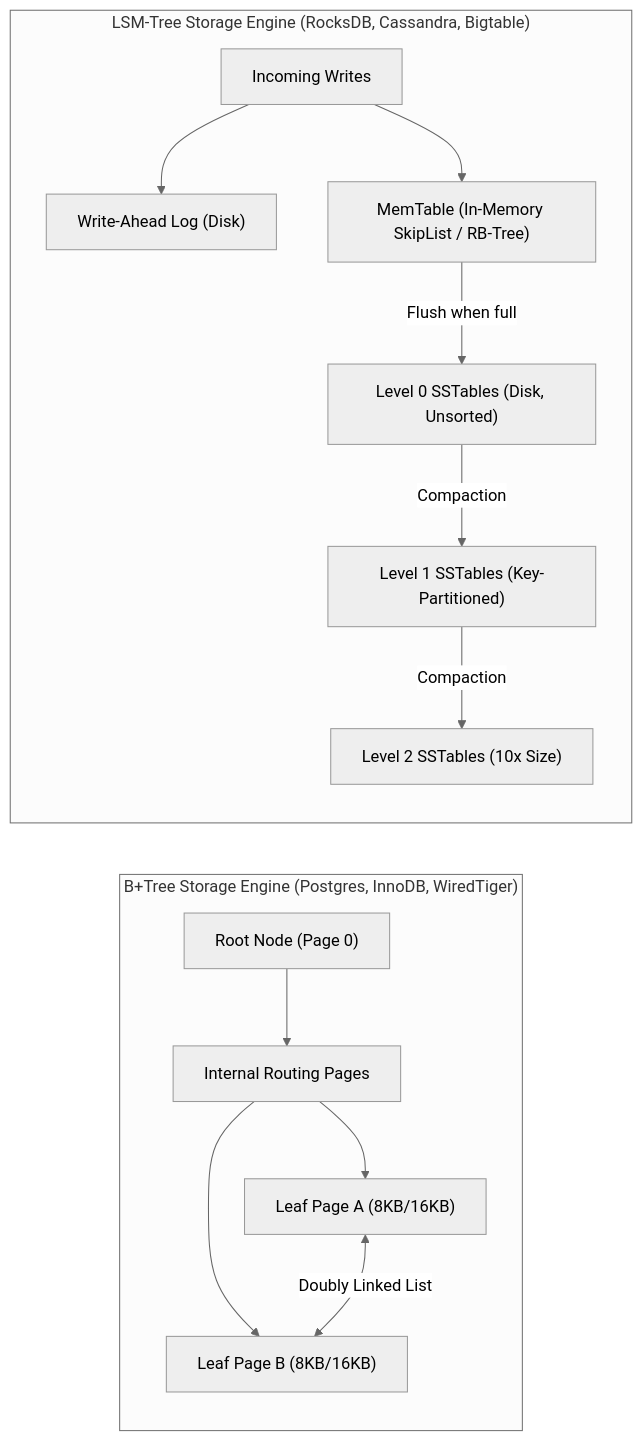
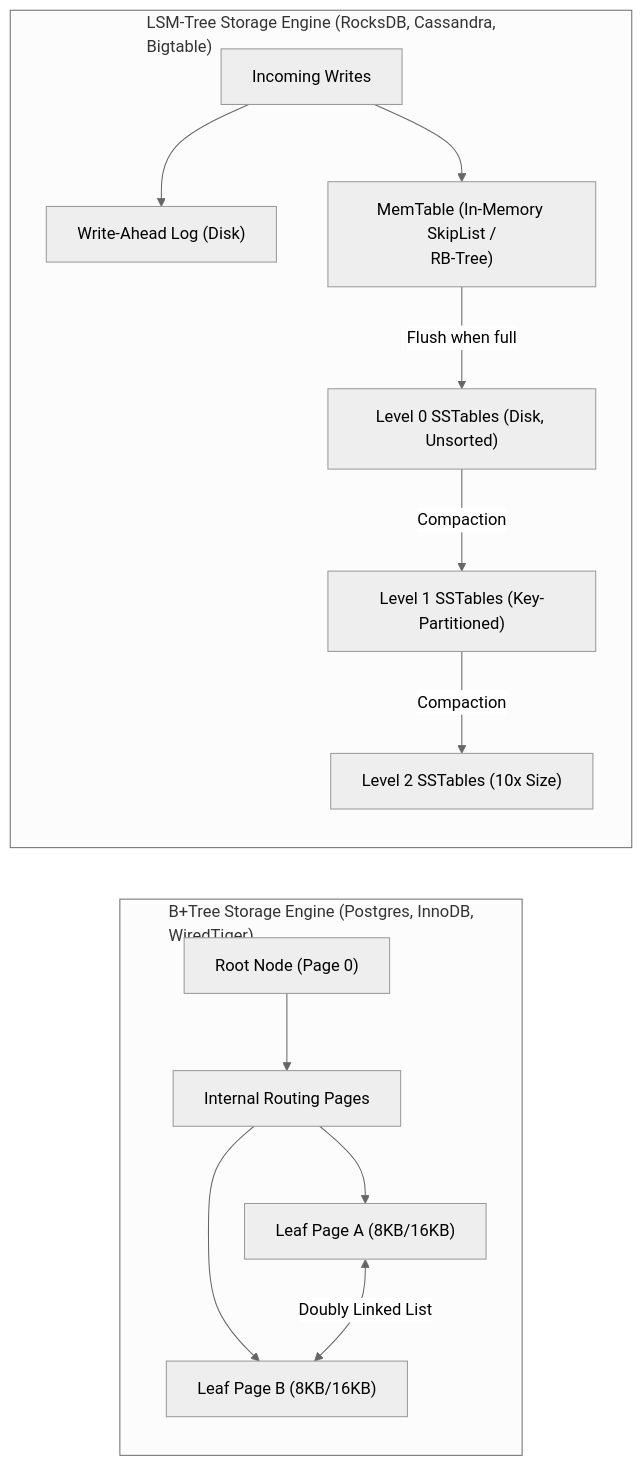
Before and after one commit to santoshjammi29/sql-handbook: the second of 3 diagrams in architectures/05_nosql_systems_storage_engines_and_tradeoffs.md, drawn with Mermaid (neutral theme). The commit also changed other lines of this file and 17 other files, not shown here.

Commit message:
fix(diagrams): word-wrap labels and escape comparison operators across all diagrams

````diff
--- a/architectures/05_nosql_systems_storage_engines_and_tradeoffs.md
+++ b/architectures/05_nosql_systems_storage_engines_and_tradeoffs.md
@@ -55,17 +55,17 @@
 ```mermaid
 flowchart LR
-    subgraph BTree["B+Tree Storage Engine (Postgres, InnoDB, WiredTiger)"]
+    subgraph BTree["B+Tree Storage Engine (Postgres, InnoDB,<br/>WiredTiger)"]
         Root["Root Node (Page 0)"] --> Internal["Internal Routing Pages"]
         Internal --> Leaf1["Leaf Page A (8KB/16KB)"]
         Internal --> Leaf2["Leaf Page B (8KB/16KB)"]
         Leaf1 <-->|Doubly Linked List| Leaf2
     end
 
-    subgraph LSM["LSM-Tree Storage Engine (RocksDB, Cassandra, Bigtable)"]
+    subgraph LSM["LSM-Tree Storage Engine (RocksDB, Cassandra,<br/>Bigtable)"]
         Write["Incoming Writes"] --> WAL["Write-Ahead Log (Disk)"]
-        Write --> MemTable["MemTable (In-Memory SkipList / RB-Tree)"]
+        Write --> MemTable["MemTable (In-Memory SkipList /<br/>RB-Tree)"]
         MemTable -->|Flush when full| L0["Level 0 SSTables (Disk, Unsorted)"]
         L0 -->|Compaction| L1["Level 1 SSTables (Key-Partitioned)"]
         L1 -->|Compaction| L2["Level 2 SSTables (10x Size)"]
     end
 ```
````
